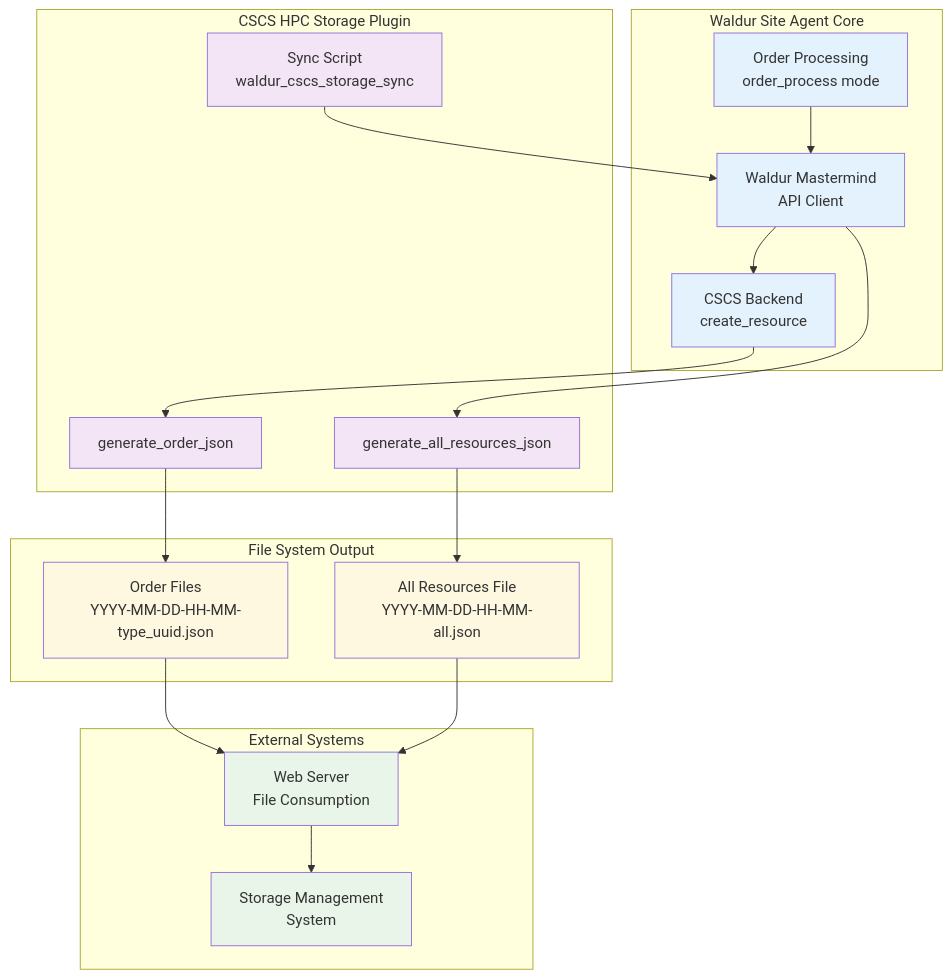
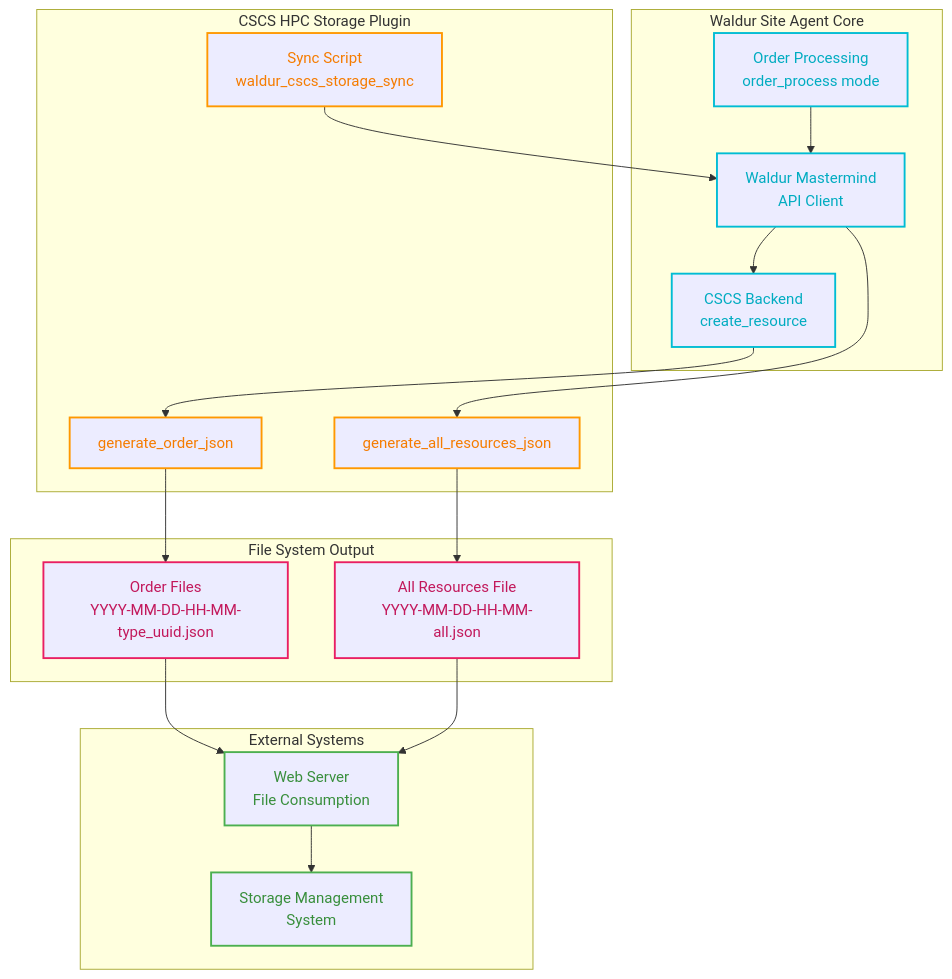
The diagram in plugins/cscs-hpc-storage/README.md (waldur/waldur-site-agent), drawn with Mermaid before and after one commit.

````diff
--- a/plugins/cscs-hpc-storage/README.md
+++ b/plugins/cscs-hpc-storage/README.md
@@ -52,51 +52,51 @@
 ```mermaid
 graph TD
     subgraph "Waldur Site Agent Core"
         OA[Order Processing<br/>order_process mode]
         WM[Waldur Mastermind<br/>API Client]
         CSB[CSCS Backend<br/>create_resource]
     end
 
     subgraph "CSCS HPC Storage Plugin"
         SS[Sync Script<br/>waldur_cscs_storage_sync]
         GOR[generate_order_json]
         GAR[generate_all_resources_json]
     end
 
     subgraph "File System Output"
         OF[Order Files<br/>YYYY-MM-DD-HH-MM-type_uuid.json]
         AF[All Resources File<br/>YYYY-MM-DD-HH-MM-all.json]
     end
 
     subgraph "External Systems"
         WS[Web Server<br/>File Consumption]
         SMS[Storage Management<br/>System]
     end
 
     %% Order Processing Flow
     OA --> WM
     WM --> CSB
     CSB --> GOR
     GOR --> OF
 
     %% Bulk Sync Flow
     SS --> WM
     WM --> GAR
     GAR --> AF
 
     %% External Consumption
     OF --> WS
     AF --> WS
     WS --> SMS
 
-    %% Styling
-    classDef core fill:#e3f2fd
-    classDef plugin fill:#f3e5f5
-    classDef output fill:#fff8e1
-    classDef external fill:#e8f5e8
+    %% Theme-neutral styling with good contrast
+    classDef core stroke:#00bcd4,stroke-width:2px,color:#00acc1
+    classDef plugin stroke:#ff9800,stroke-width:2px,color:#f57c00
+    classDef output stroke:#e91e63,stroke-width:2px,color:#c2185b
+    classDef external stroke:#4caf50,stroke-width:2px,color:#388e3c
 
     class OA,WM,CSB core
     class SS,GOR,GAR plugin
     class OF,AF output
     class WS,SMS external
 ```
````
